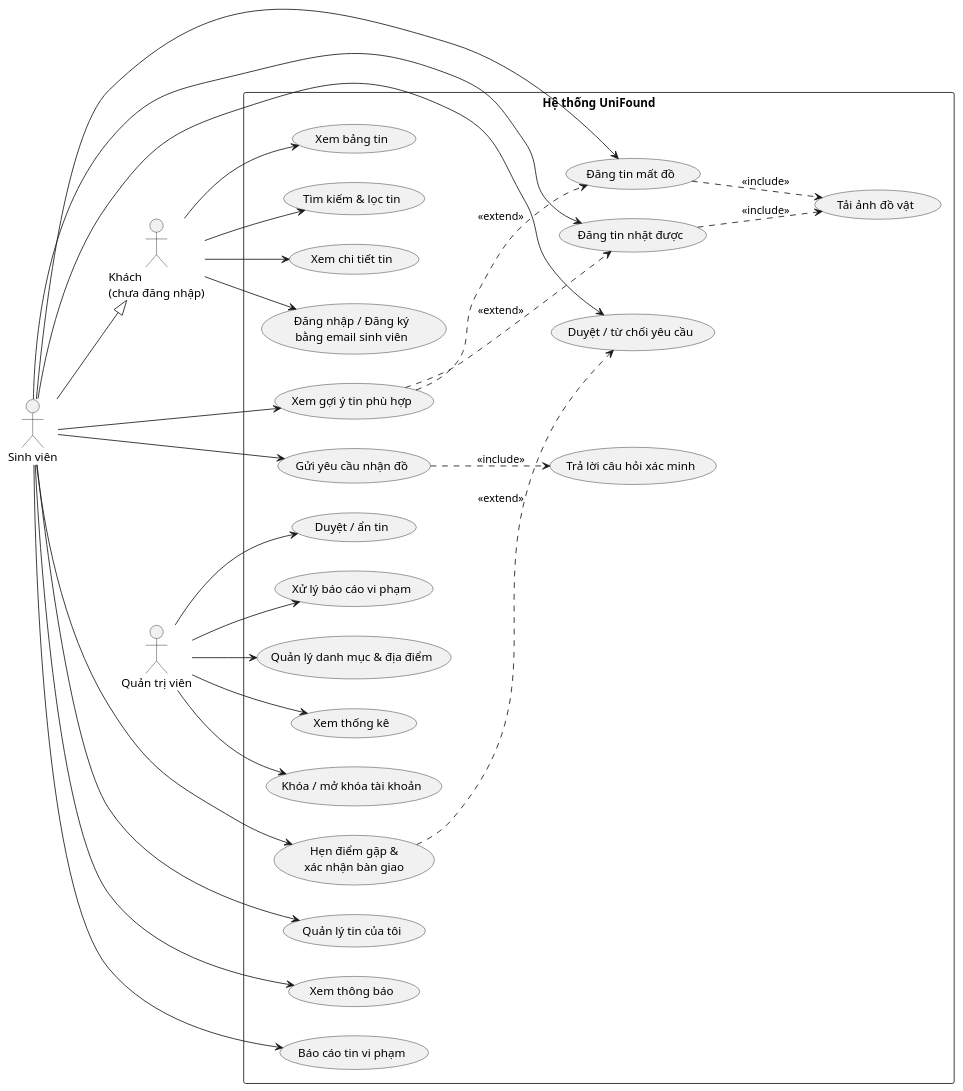
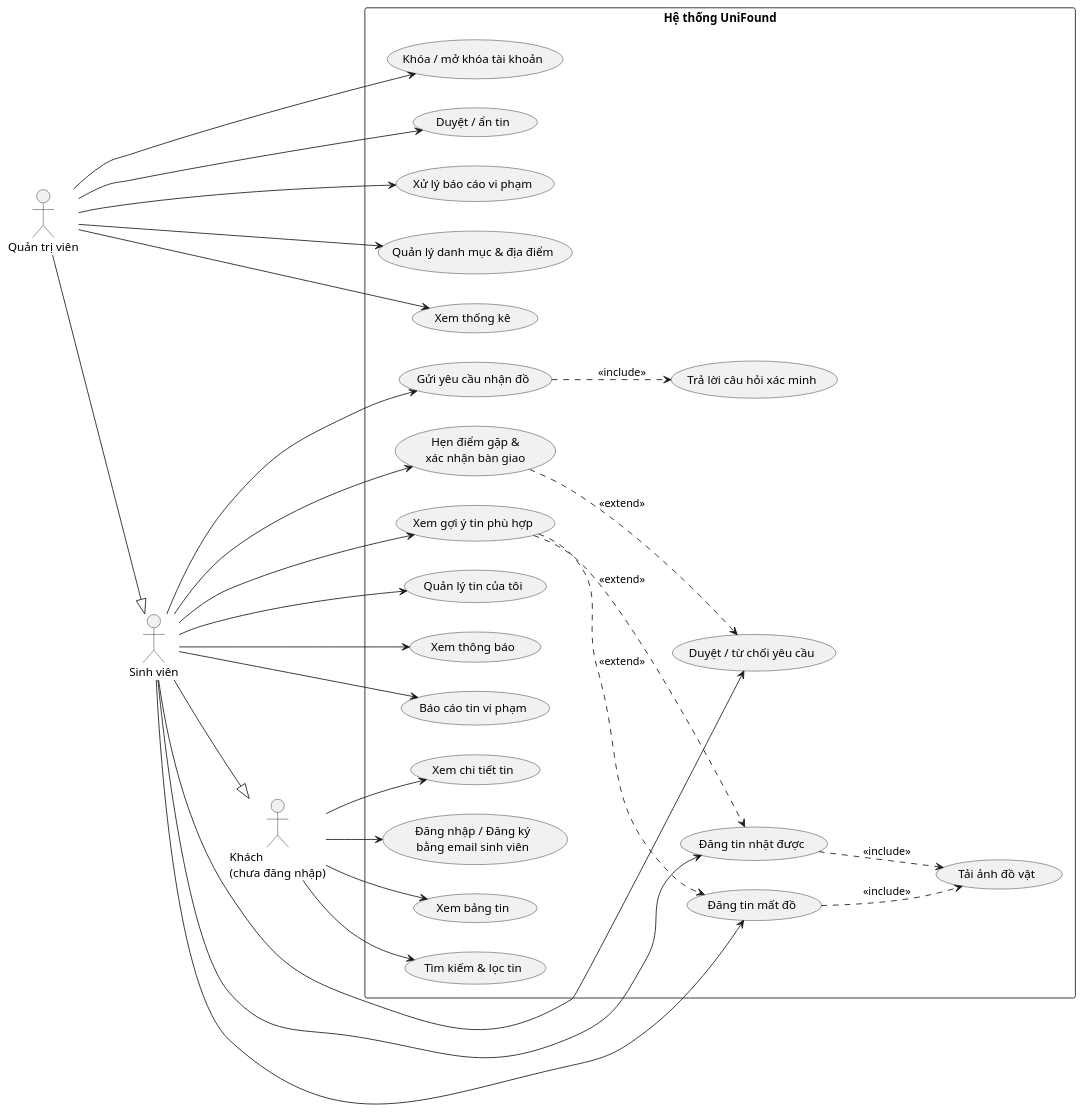
The diagram in docs/02_reports/assets/use_case_diagram.puml (JohnnyPhan1712/unifound), drawn with PlantUML before and after one commit. The commit also changed 1 other file, not shown here.

Commit message:
docs: update name report and modify use case diagram

```diff
--- a/docs/02_reports/assets/use_case_diagram.puml
+++ b/docs/02_reports/assets/use_case_diagram.puml
@@ -1,66 +1,67 @@
 @startuml UniFoundUseCase
 left to right direction
 skinparam packageStyle rectangle
 skinparam shadowing false
 
 actor "Khách\n(chưa đăng nhập)" as KH
 actor "Sinh viên" as SV
 actor "Quản trị viên" as AD
 
 SV --|> KH
+AD --|> SV
 
 rectangle "Hệ thống UniFound" {
   usecase "Xem bảng tin" as UC01
   usecase "Tìm kiếm & lọc tin" as UC02
   usecase "Xem chi tiết tin" as UC03
   usecase "Đăng nhập / Đăng ký\nbằng email sinh viên" as UC04
 
   usecase "Đăng tin mất đồ" as UC05
   usecase "Đăng tin nhặt được" as UC06
   usecase "Tải ảnh đồ vật" as UC07
   usecase "Xem gợi ý tin phù hợp" as UC08
 
   usecase "Gửi yêu cầu nhận đồ" as UC09
   usecase "Trả lời câu hỏi xác minh" as UC10
   usecase "Duyệt / từ chối yêu cầu" as UC11
   usecase "Hẹn điểm gặp &\nxác nhận bàn giao" as UC12
 
   usecase "Quản lý tin của tôi" as UC13
   usecase "Xem thông báo" as UC14
   usecase "Báo cáo tin vi phạm" as UC15
 
   usecase "Duyệt / ẩn tin" as UC16
   usecase "Xử lý báo cáo vi phạm" as UC17
   usecase "Quản lý danh mục & địa điểm" as UC18
   usecase "Xem thống kê" as UC19
   usecase "Khóa / mở khóa tài khoản" as UC20
 }
 
 KH --> UC01
 KH --> UC02
 KH --> UC03
 KH --> UC04
 
 SV --> UC05
 SV --> UC06
 SV --> UC08
 SV --> UC09
 SV --> UC11
 SV --> UC12
 SV --> UC13
 SV --> UC14
 SV --> UC15
 
 UC05 ..> UC07 : <<include>>
 UC06 ..> UC07 : <<include>>
 UC09 ..> UC10 : <<include>>
 UC08 ..> UC05 : <<extend>>
 UC08 ..> UC06 : <<extend>>
 UC12 ..> UC11 : <<extend>>
 
 AD --> UC16
 AD --> UC17
 AD --> UC18
 AD --> UC19
 AD --> UC20
 @enduml
```
